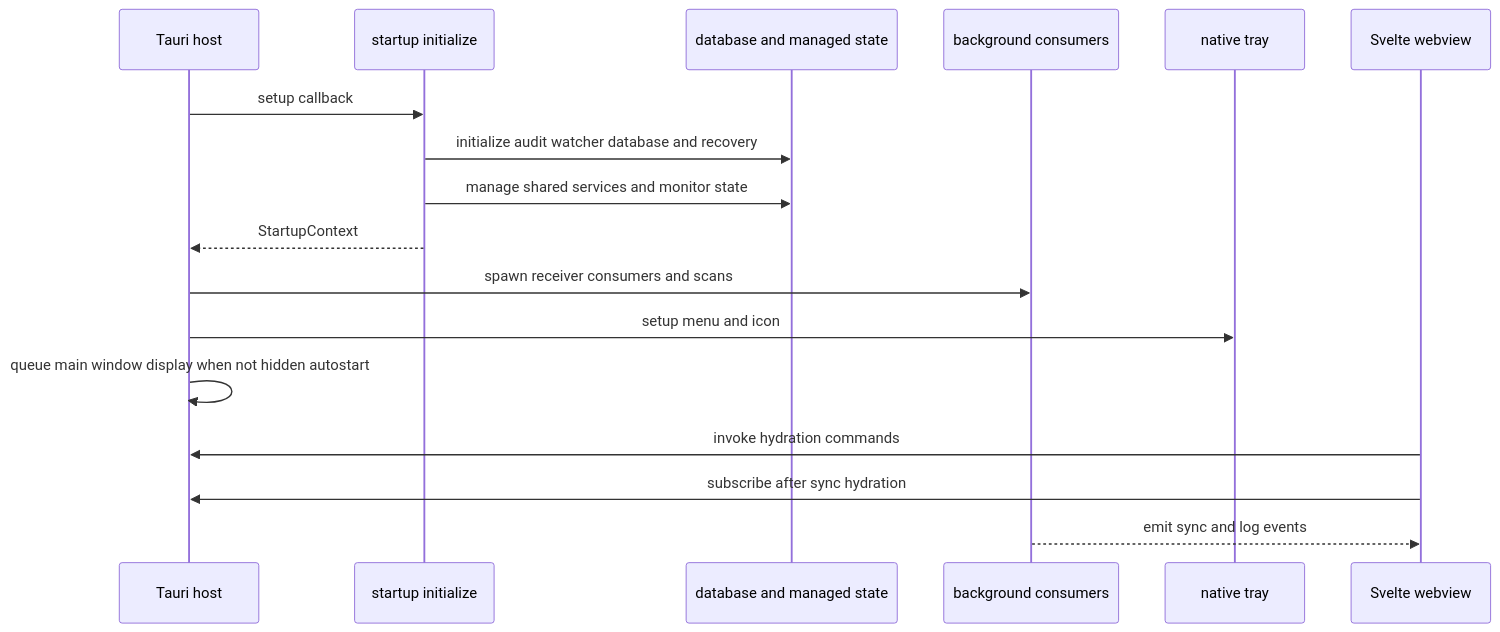
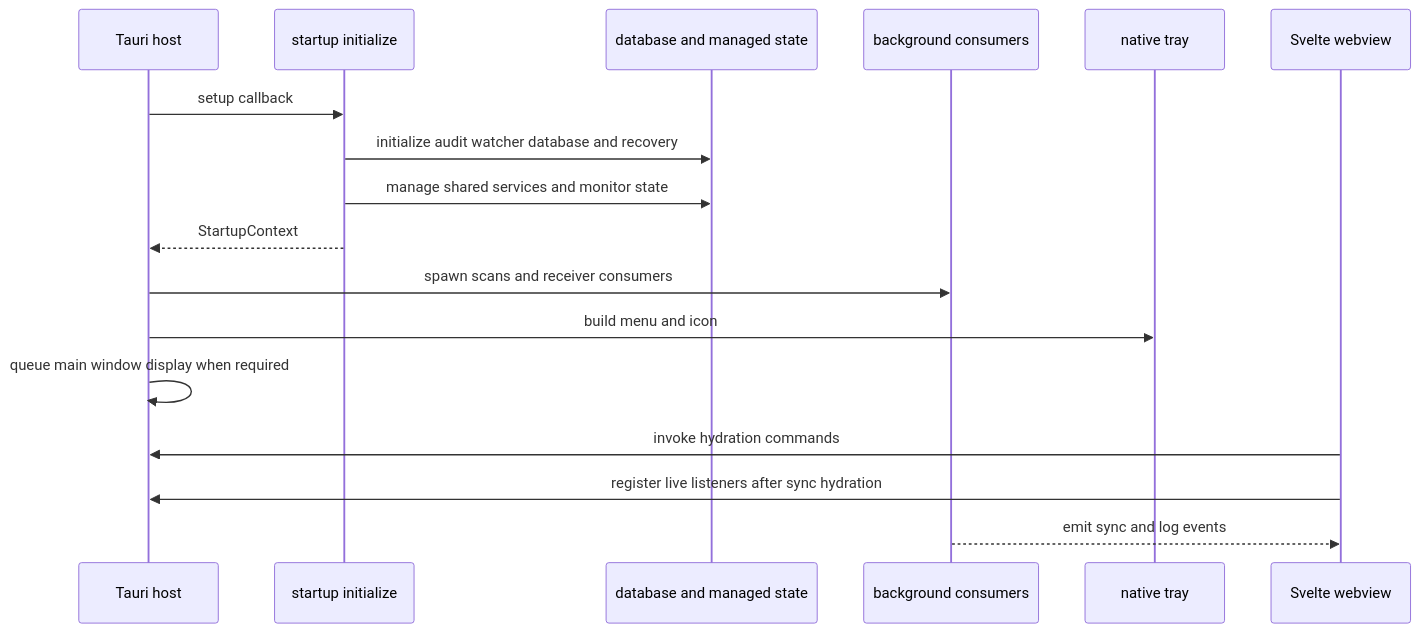
Before and after one commit to xXRoxXeRXx/lymic: the first of 2 diagrams in openwiki/architecture/runtime.md, drawn with Mermaid. The commit also changed other lines of this file and 28 other files, not shown here.

````diff
--- a/openwiki/architecture/runtime.md
+++ b/openwiki/architecture/runtime.md
@@ -41,20 +41,20 @@
 ```mermaid
 sequenceDiagram
     participant Host as Tauri host
     participant Init as startup initialize
-    participant Store as database and managed state
-    participant Worker as background consumers
+    participant State as database and managed state
+    participant Workers as background consumers
     participant Tray as native tray
     participant Web as Svelte webview
 
     Host->>Init: setup callback
-    Init->>Store: initialize audit watcher database and recovery
-    Init->>Store: manage shared services and monitor state
+    Init->>State: initialize audit watcher database and recovery
+    Init->>State: manage shared services and monitor state
     Init-->>Host: StartupContext
-    Host->>Worker: spawn receiver consumers and scans
-    Host->>Tray: setup menu and icon
-    Host->>Host: queue main window display when not hidden autostart
+    Host->>Workers: spawn scans and receiver consumers
+    Host->>Tray: build menu and icon
+    Host->>Host: queue main window display when required
     Web->>Host: invoke hydration commands
-    Web->>Host: subscribe after sync hydration
-    Worker-->>Web: emit sync and log events
+    Web->>Host: register live listeners after sync hydration
+    Workers-->>Web: emit sync and log events
 ```
````
